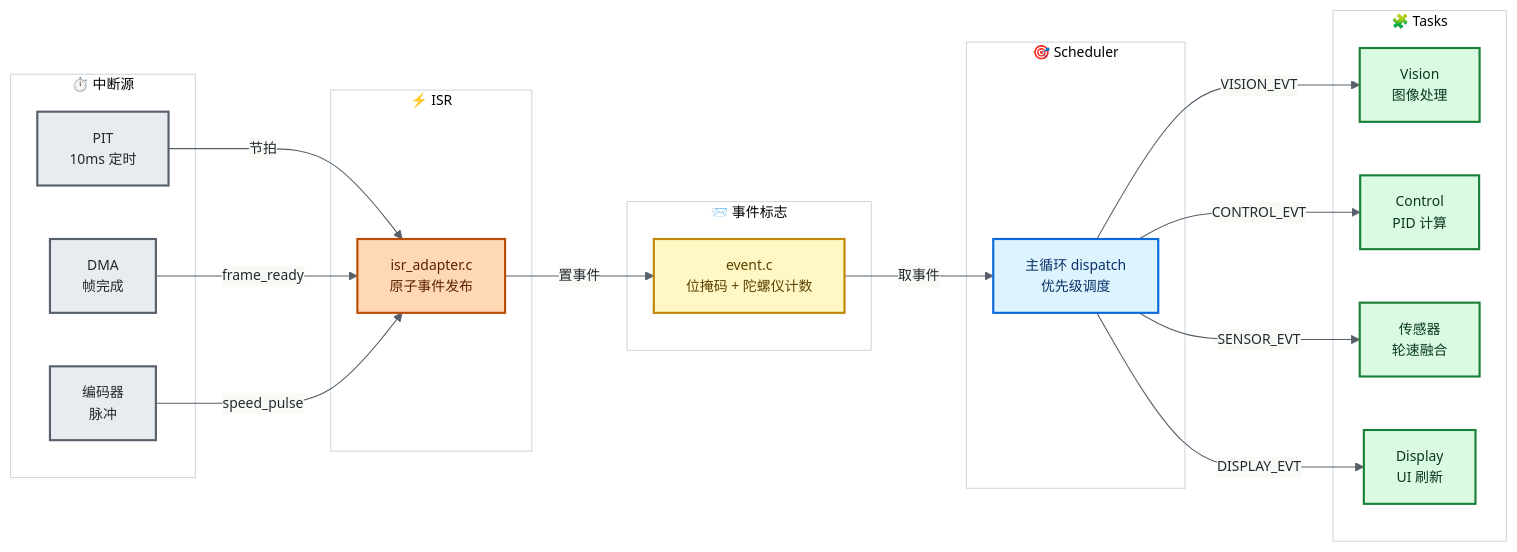
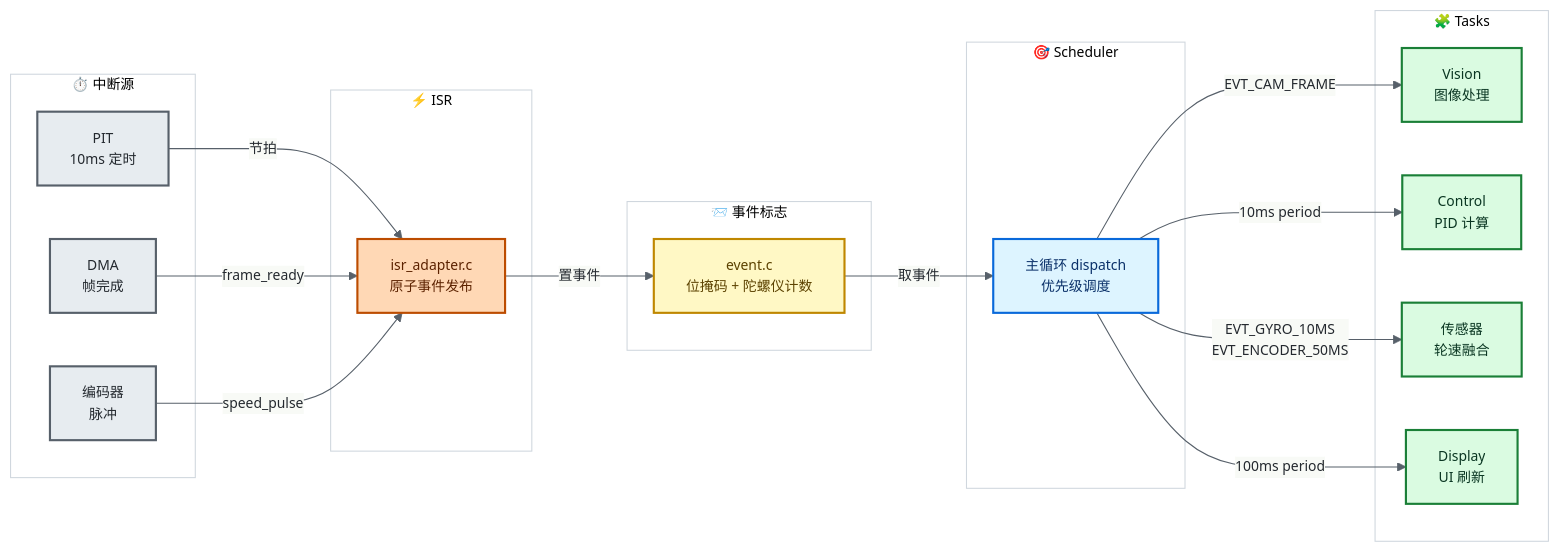
One commit to ParacosmYy/GS_Smart_car changed the third of 3 diagrams in README.md. Above: the diagram before and after it, drawn with Mermaid. The commit also changed other lines of this file and 27 other files, not shown here.

````diff
--- a/README.md
+++ b/README.md
@@ -142,44 +149,44 @@
 ```mermaid
 %%{init: {'theme':'base','themeVariables':{'primaryColor':'#f6f8fa','primaryTextColor':'#24292f','primaryBorderColor':'#d0d7de','lineColor':'#57606a','fontSize':'13px','fontFamily':'ui-sans-serif,system-ui,-apple-system,Segoe UI,Helvetica,Arial,sans-serif','clusterBkg':'#ffffff','clusterBorder':'#d0d7de'}}}%%
 flowchart LR
     classDef hw      fill:#e7ecf0,stroke:#57606a,stroke-width:2px,color:#24292f
     classDef isr     fill:#ffd8b5,stroke:#bc4c00,stroke-width:2px,color:#5c2200
     classDef queue   fill:#fff8c5,stroke:#bf8700,stroke-width:2px,color:#5c4200
     classDef sched   fill:#ddf4ff,stroke:#0969da,stroke-width:2px,color:#0a3069
     classDef task    fill:#dafbe1,stroke:#1a7f37,stroke-width:2px,color:#0a3622
 
     subgraph SRC[" ⏱️ 中断源 "]
         PIT["PIT<br/>10ms 定时"]:::hw
         DMA["DMA<br/>帧完成"]:::hw
         ENC["编码器<br/>脉冲"]:::hw
     end
 
     subgraph ISRG[" ⚡ ISR "]
         HANDLER["isr_adapter.c<br/>原子事件发布"]:::isr
     end
 
     subgraph BUS[" 📨 事件标志 "]
         Q["event.c<br/>位掩码 + 陀螺仪计数"]:::queue
     end
 
     subgraph SCHED[" 🎯 Scheduler "]
         SCH["主循环 dispatch<br/>优先级调度"]:::sched
     end
 
     subgraph TASKS[" 🧩 Tasks "]
         T_VIS["Vision<br/>图像处理"]:::task
         T_CTL["Control<br/>PID 计算"]:::task
         T_SEN["传感器<br/>轮速融合"]:::task
         T_DSP["Display<br/>UI 刷新"]:::task
     end
 
     PIT -->|节拍| HANDLER
     DMA -->|frame_ready| HANDLER
     ENC -->|speed_pulse| HANDLER
     HANDLER -->|置事件| Q
     Q     -->|取事件| SCH
-    SCH   -->|VISION_EVT| T_VIS
-    SCH   -->|CONTROL_EVT| T_CTL
-    SCH   -->|SENSOR_EVT| T_SEN
-    SCH   -->|DISPLAY_EVT| T_DSP
+    SCH   -->|EVT_CAM_FRAME| T_VIS
+    SCH   -->|EVT_GYRO_10MS<br/>EVT_ENCODER_50MS| T_SEN
+    SCH   -->|10ms period| T_CTL
+    SCH   -->|100ms period| T_DSP
 ```
````
